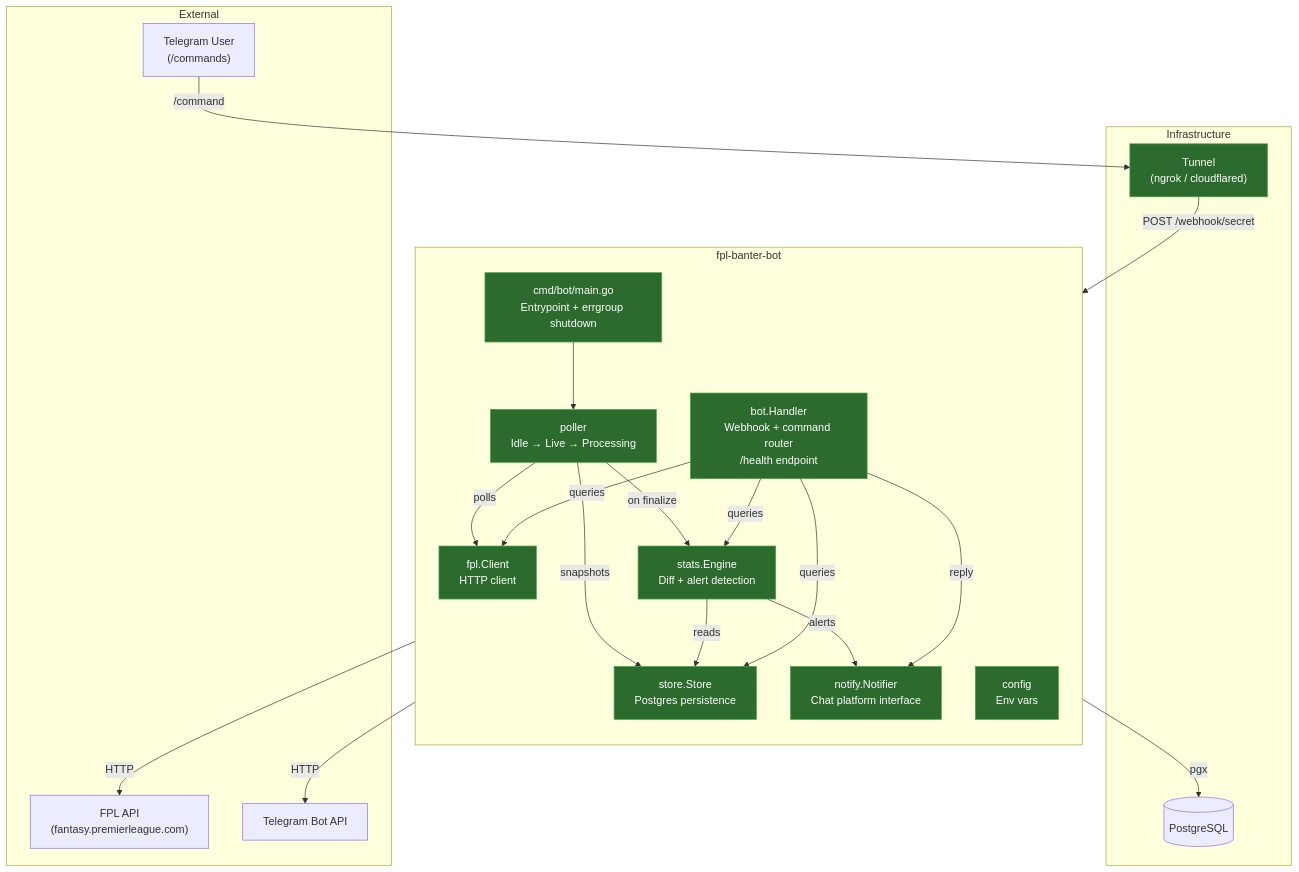
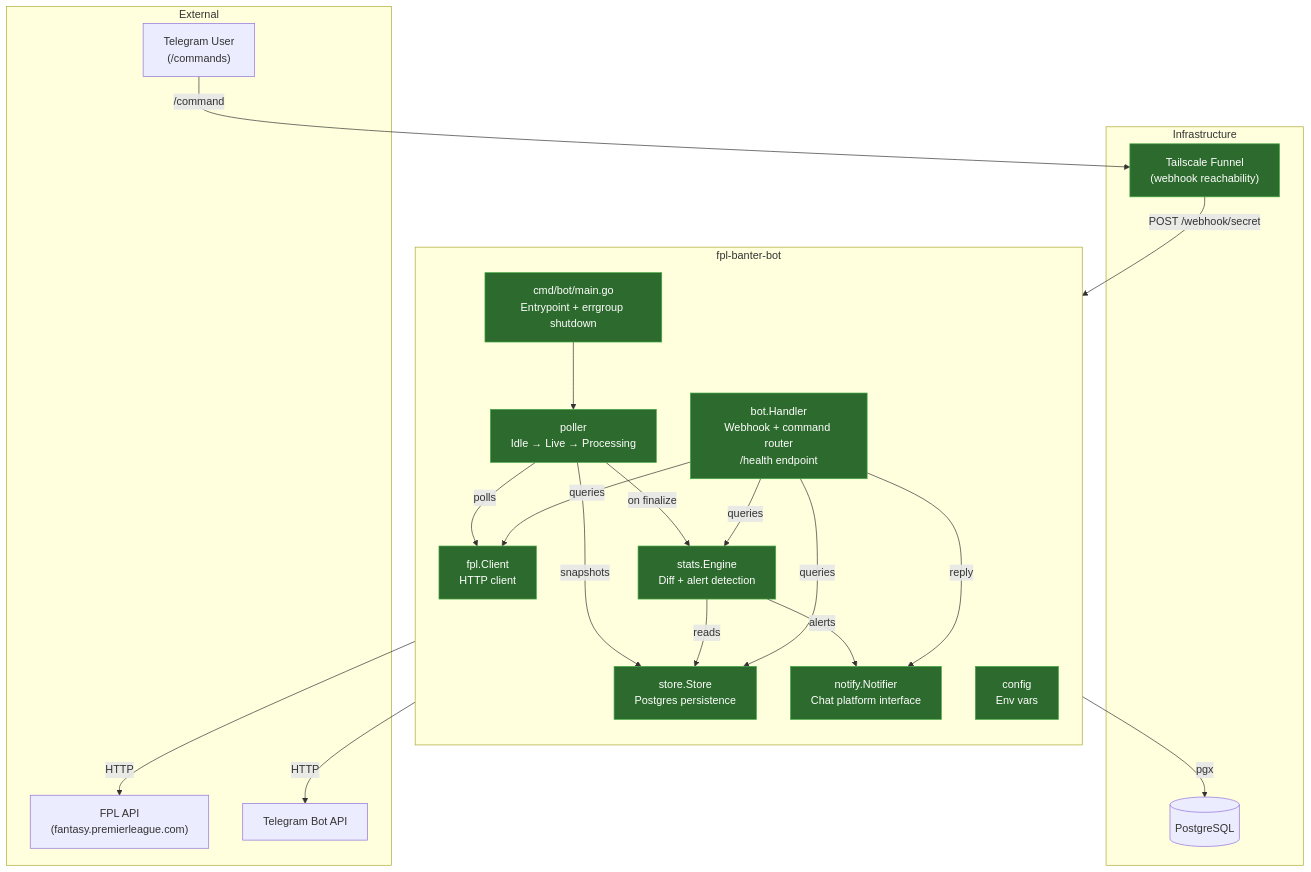
The diagram in README.md (chrislonge/fpl-banter-bot), drawn with Mermaid before and after one commit. The commit also changed other lines of this file and 2 other files, not shown here.

````diff
--- a/README.md
+++ b/README.md
@@ -28,54 +28,54 @@
 ```mermaid
 flowchart TB
     subgraph External
         FPL["FPL API\n(fantasy.premierleague.com)"]
         TG["Telegram Bot API"]
         USER["Telegram User\n(/commands)"]
     end
 
     subgraph "fpl-banter-bot"
         direction TB
         MAIN["cmd/bot/main.go\nEntrypoint + errgroup shutdown"]
         CONFIG["config\nEnv vars"]
         CLIENT["fpl.Client\nHTTP client"]
         STORE["store.Store\nPostgres persistence"]
         POLLER["poller\nIdle → Live → Processing"]
         STATS["stats.Engine\nDiff + alert detection"]
         NOTIFY["notify.Notifier\nChat platform interface"]
         BOT["bot.Handler\nWebhook + command router\n/health endpoint"]
     end
 
     subgraph Infrastructure
         PG[("PostgreSQL")]
-        TUNNEL["Tunnel\n(ngrok / cloudflared)"]
+        TUNNEL["Tailscale Funnel\n(webhook reachability)"]
     end
 
     %% Proactive path
     MAIN --> POLLER
     POLLER -- "polls" --> CLIENT
     CLIENT -- "HTTP" --> FPL
     POLLER -- "snapshots" --> STORE
     STORE -- "pgx" --> PG
     POLLER -- "on finalize" --> STATS
     STATS -- "reads" --> STORE
     STATS -- "alerts" --> NOTIFY
     NOTIFY -- "HTTP" --> TG
 
     %% Reactive path
     USER -- "/command" --> TUNNEL
     TUNNEL -- "POST /webhook/secret" --> BOT
     BOT -- "queries" --> STATS
     BOT -- "queries" --> STORE
     BOT -- "queries" --> CLIENT
     BOT -- "reply" --> NOTIFY
 
     style CONFIG fill:#2d6a2d,stroke:#4a4,color:#fff
     style CLIENT fill:#2d6a2d,stroke:#4a4,color:#fff
     style STORE fill:#2d6a2d,stroke:#4a4,color:#fff
     style MAIN fill:#2d6a2d,stroke:#4a4,color:#fff
     style POLLER fill:#2d6a2d,stroke:#4a4,color:#fff
     style STATS fill:#2d6a2d,stroke:#4a4,color:#fff
     style NOTIFY fill:#2d6a2d,stroke:#4a4,color:#fff
     style BOT fill:#2d6a2d,stroke:#4a4,color:#fff
     style TUNNEL fill:#2d6a2d,stroke:#4a4,color:#fff
 ```
````
